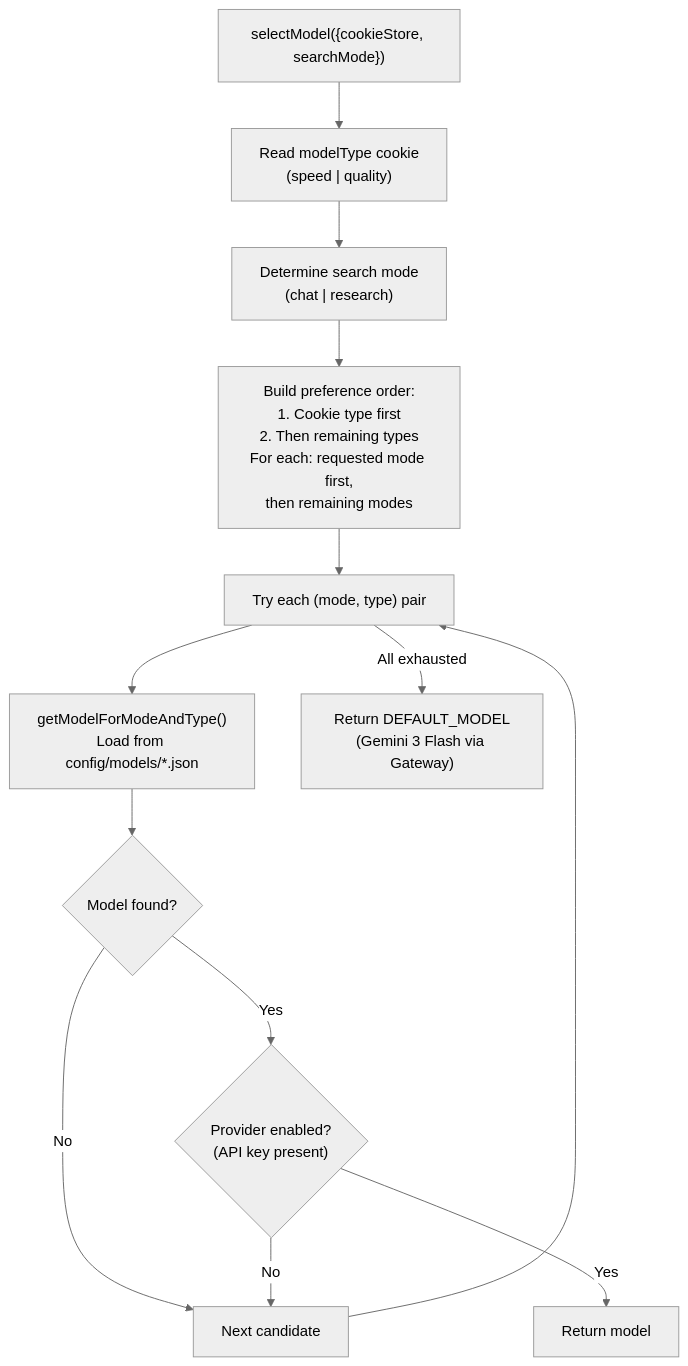
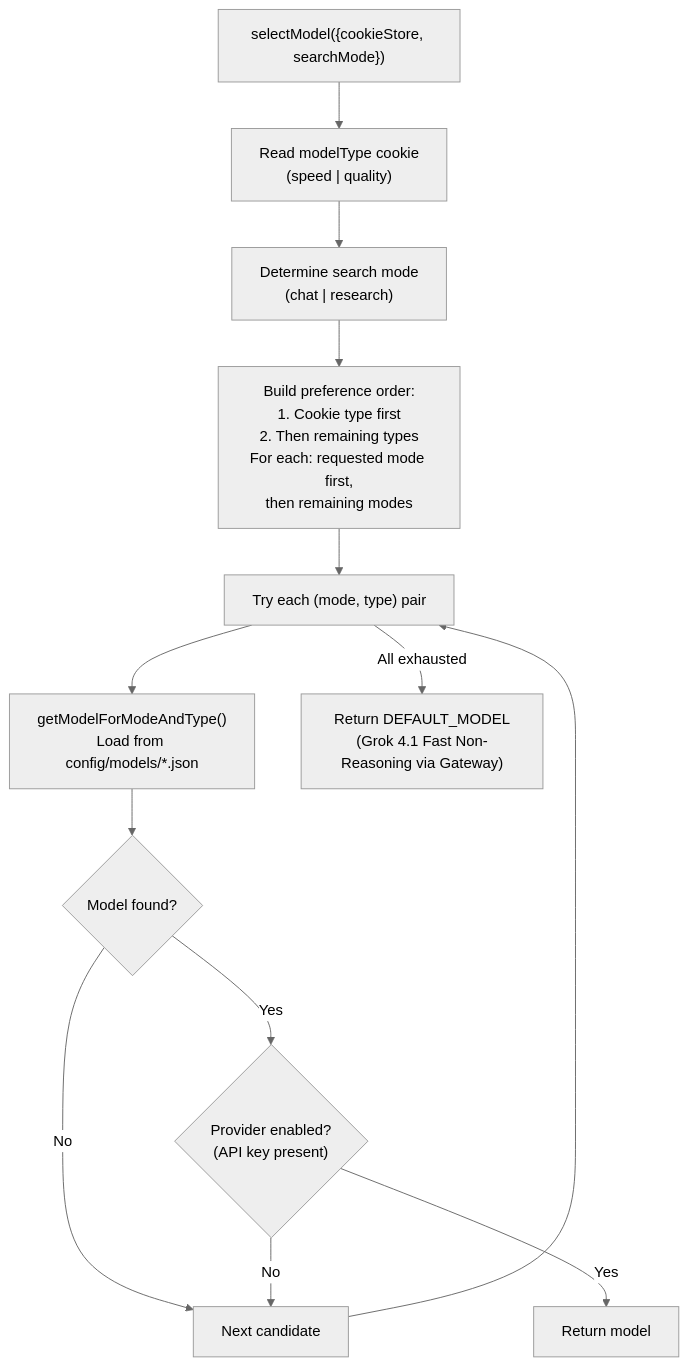
One commit to NickB03/polymorph changed the fifth of 5 diagrams in docs/architecture/RESEARCH-AGENT.md. Above: the diagram before and after it, drawn with Mermaid (neutral theme). The commit also changed other lines of this file and 10 other files, not shown here.

Commit message:
fix(models): use Grok non-reasoning gateway id

````diff
--- a/docs/architecture/RESEARCH-AGENT.md
+++ b/docs/architecture/RESEARCH-AGENT.md
@@ -539,23 +539,23 @@
 ```mermaid
 flowchart TD
     Start["selectModel({cookieStore, searchMode})"]
     ReadType["Read modelType cookie<br/>(speed | quality)"]
     ReadMode["Determine search mode<br/>(chat | research)"]
     BuildOrder["Build preference order:<br/>1. Cookie type first<br/>2. Then remaining types<br/>For each: requested mode first,<br/>then remaining modes"]
 
     Loop["Try each (mode, type) pair"]
     LoadJSON["getModelForModeAndType()<br/>Load from config/models/*.json"]
     Found{"Model found?"}
     Enabled{"Provider enabled?<br/>(API key present)"}
     Return["Return model"]
     Next["Next candidate"]
-    Default["Return DEFAULT_MODEL<br/>(Gemini 3 Flash via Gateway)"]
+    Default["Return DEFAULT_MODEL<br/>(Grok 4.1 Fast Non-Reasoning via Gateway)"]
 
     Start --> ReadType --> ReadMode --> BuildOrder --> Loop
     Loop --> LoadJSON --> Found
     Found -->|No| Next
     Found -->|Yes| Enabled
     Enabled -->|No| Next --> Loop
     Enabled -->|Yes| Return
     Loop -->|"All exhausted"| Default
 ```
````
